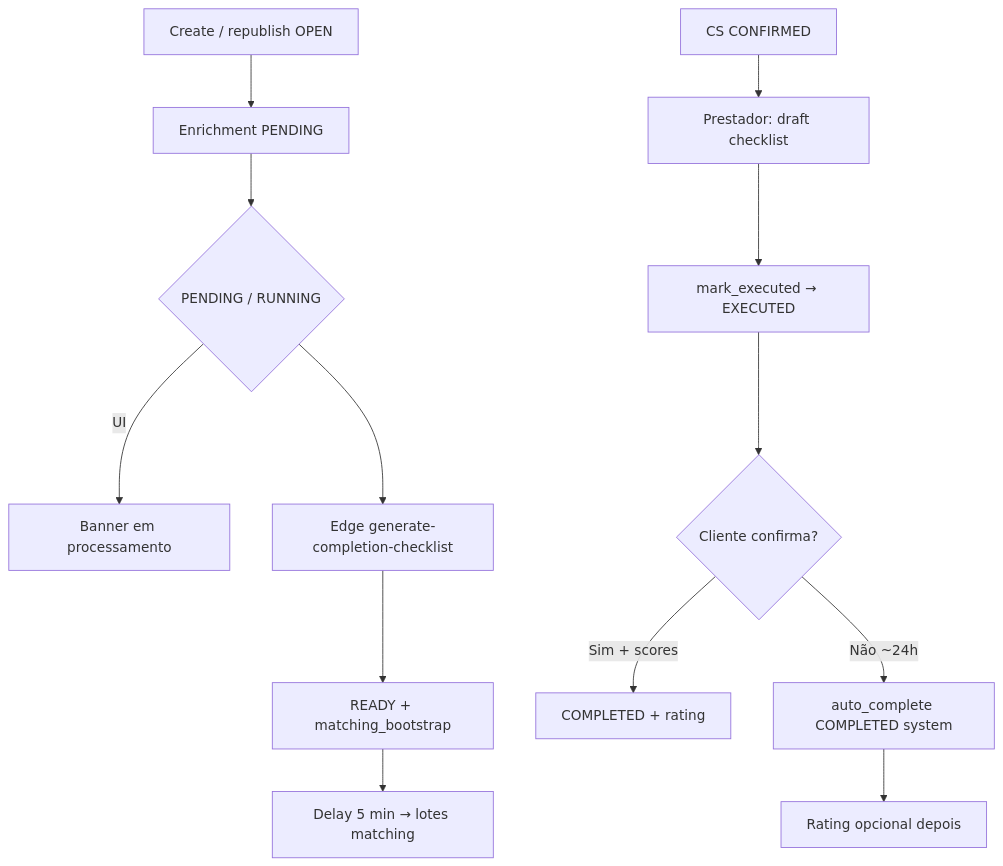
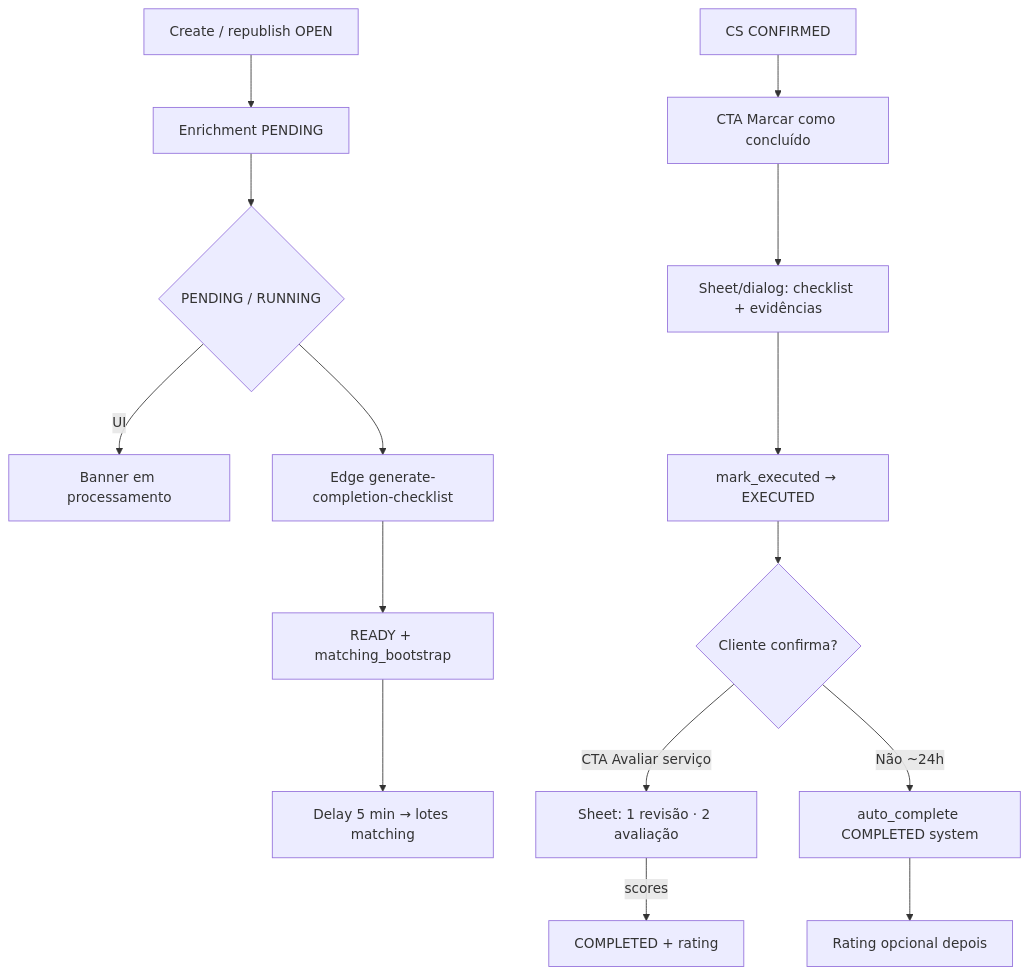
The diagram in docs/business/modulos/service-completion/features/conclusao-e-enrichment.md (higorpo/renovi-orbit-test), drawn with Mermaid before and after one commit. The commit also changed other lines of this file and 42 other files, not shown here.

````diff
--- a/docs/business/modulos/service-completion/features/conclusao-e-enrichment.md
+++ b/docs/business/modulos/service-completion/features/conclusao-e-enrichment.md
@@ -46,15 +48,17 @@
 ```mermaid
 flowchart TD
   A[Create / republish OPEN] --> B[Enrichment PENDING]
   B --> C{PENDING / RUNNING}
   C -->|UI| D[Banner em processamento]
   C --> E[Edge generate-completion-checklist]
   E --> F[READY + matching_bootstrap]
   F --> G[Delay 5 min → lotes matching]
-  H[CS CONFIRMED] --> I[Prestador: draft checklist]
-  I --> J[mark_executed → EXECUTED]
+  H[CS CONFIRMED] --> I[CTA Marcar como concluído]
+  I --> I2[Sheet/dialog: checklist + evidências]
+  I2 --> J[mark_executed → EXECUTED]
   J --> K{Cliente confirma?}
-  K -->|Sim + scores| L[COMPLETED + rating]
+  K -->|CTA Avaliar serviço| K2[Sheet: 1 revisão · 2 avaliação]
+  K2 -->|scores| L[COMPLETED + rating]
   K -->|Não ~24h| M[auto_complete COMPLETED system]
   M --> N[Rating opcional depois]
 ```
````
